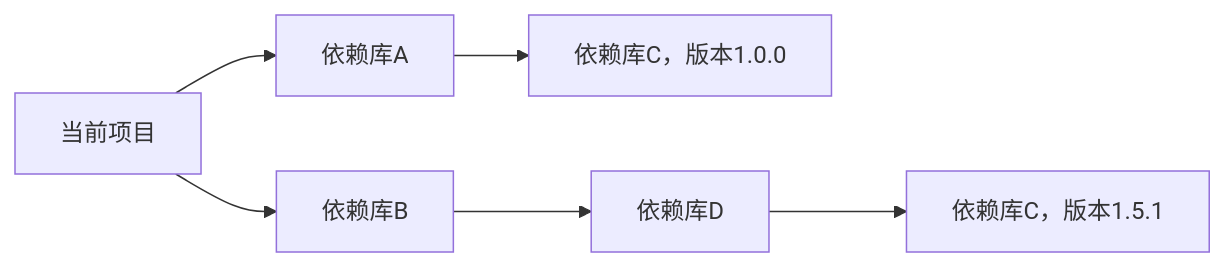
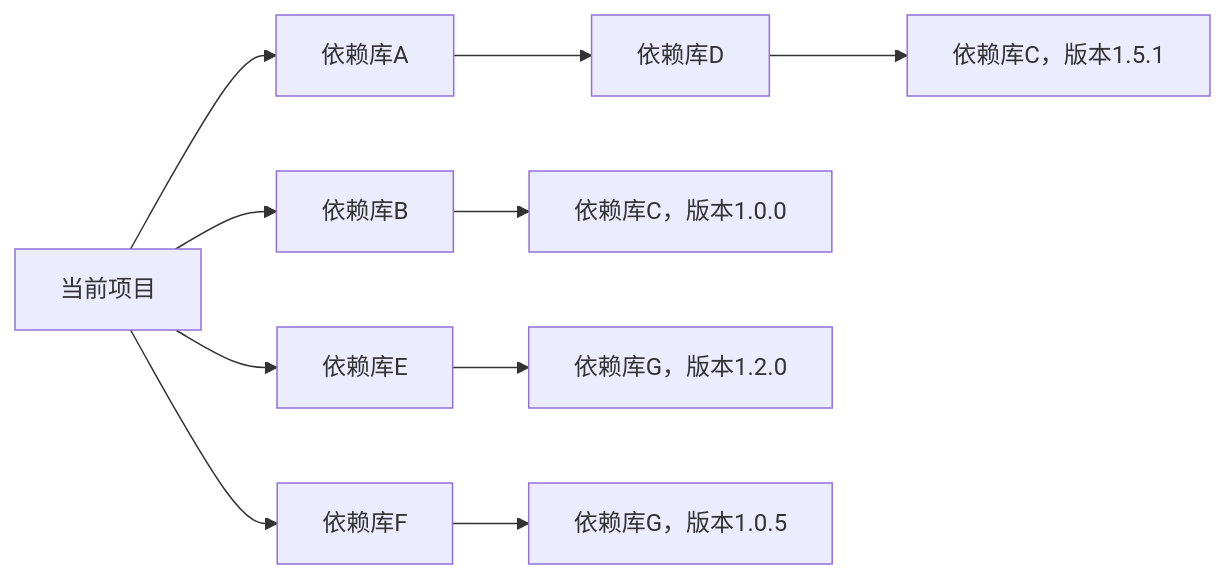
The diagram in Java/项目管理工具/Mevan/Mevan.md (h13-0/Notebooks), drawn with Mermaid before and after one commit. The commit also changed other lines of this file and 1 other file, not shown here.

````diff
--- a/Java/项目管理工具/Mevan/Mevan.md
+++ b/Java/项目管理工具/Mevan/Mevan.md
@@ -221,8 +221,12 @@
 ```mermaid
 flowchart LR
     A[当前项目] --> B[依赖库A]
     A[当前项目] --> C[依赖库B]
-    B --> D[依赖库C，版本1.0.0]
-    C --> E[依赖库D]
+    B --> E[依赖库D]
+    C --> D[依赖库C，版本1.0.0]
     E --> F[依赖库C，版本1.5.1]
+    A --> G[依赖库E]
+    A --> H[依赖库F]
+    G --> I[依赖库G，版本1.2.0]
+    H --> J[依赖库G，版本1.0.5]
 ```
````
